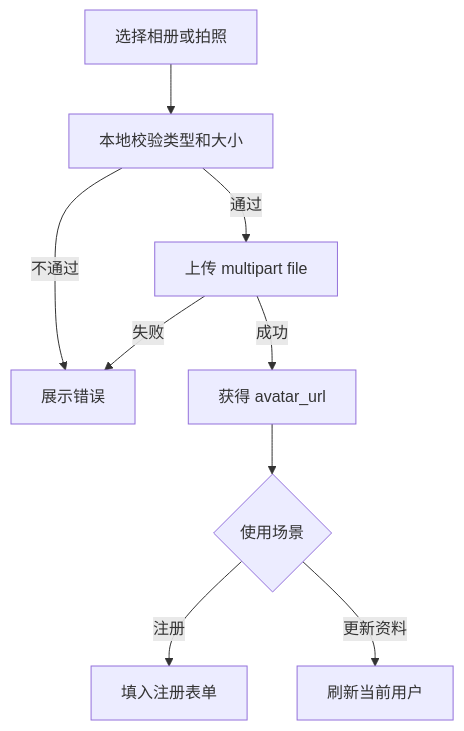
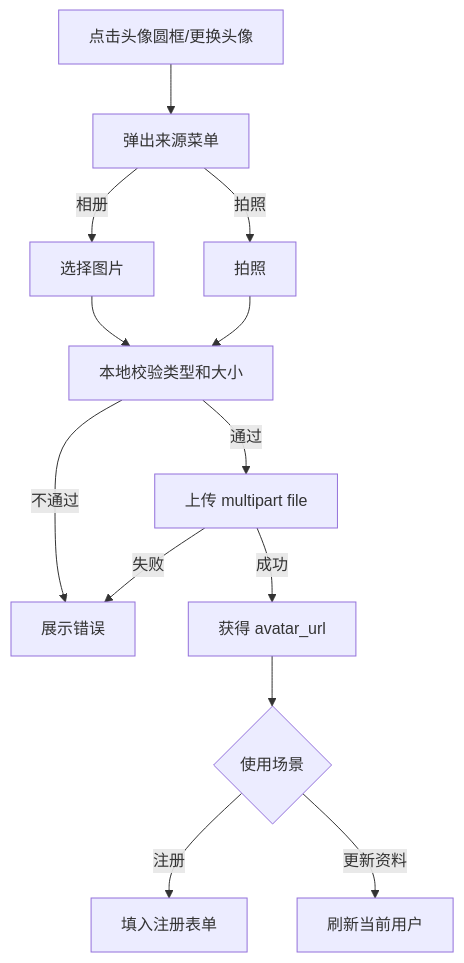
The tenth of 10 diagrams in docs/客户端逻辑设计.md (DancingCodes/room-app), drawn with Mermaid before and after one commit. The commit also changed other lines of this file and 3 other files, not shown here.

````diff
--- a/docs/客户端逻辑设计.md
+++ b/docs/客户端逻辑设计.md
@@ -151,11 +164,15 @@
 ```mermaid
 flowchart TD
-    A[选择相册或拍照] --> B[本地校验类型和大小]
-    B -- 通过 --> C[上传 multipart file]
-    B -- 不通过 --> D[展示错误]
-    C -- 成功 --> E[获得 avatar_url]
-    C -- 失败 --> D
-    E --> F{使用场景}
-    F -- 注册 --> G[填入注册表单]
-    F -- 更新资料 --> H[刷新当前用户]
+    A[点击头像圆框/更换头像] --> B[弹出来源菜单]
+    B -- 相册 --> C[选择图片]
+    B -- 拍照 --> D[拍照]
+    C --> E[本地校验类型和大小]
+    D --> E
+    E -- 通过 --> F[上传 multipart file]
+    E -- 不通过 --> G[展示错误]
+    F -- 成功 --> H[获得 avatar_url]
+    F -- 失败 --> G
+    H --> I{使用场景}
+    I -- 注册 --> J[填入注册表单]
+    I -- 更新资料 --> K[刷新当前用户]
 ```
````
